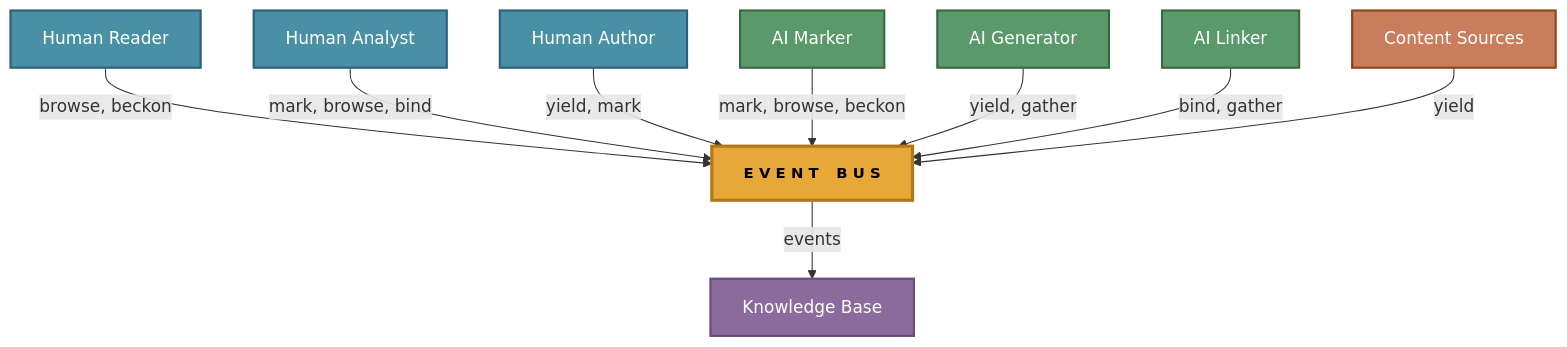
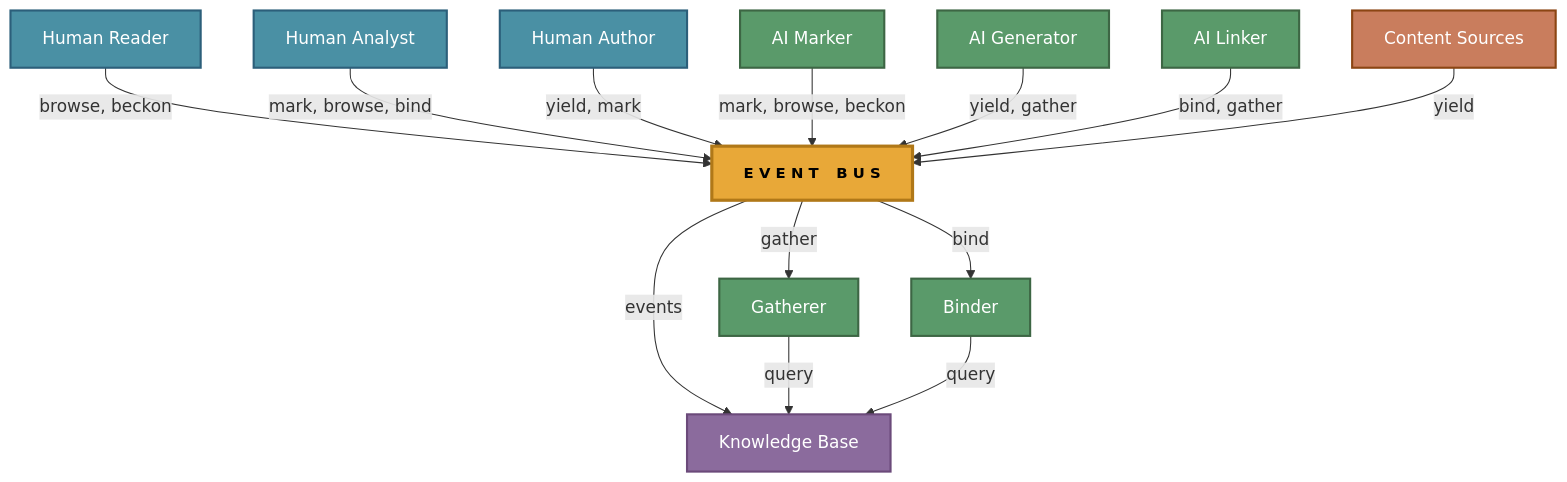
The first of 3 diagrams in docs/ARCHITECTURE-NEXT.md (The-AI-Alliance/semiont), drawn with Mermaid before and after one commit. The commit also changed other lines of this file, not shown here.

Commit message:
gatherer and binder to KB diagram

````diff
--- a/docs/ARCHITECTURE-NEXT.md
+++ b/docs/ARCHITECTURE-NEXT.md
@@ -17,26 +17,32 @@
 ```mermaid
 graph TD
     READER["Human Reader"] -->|"browse, beckon"| BUS
     ANALYST["Human Analyst"] -->|"mark, browse, bind"| BUS
     AUTHOR["Human Author"] -->|"yield, mark"| BUS
     MARKER["AI Marker"] -->|"mark, browse, beckon"| BUS
     GENERATOR["AI Generator"] -->|"yield, gather"| BUS
     LINKER["AI Linker"] -->|"bind, gather"| BUS
     SOURCES["Content Sources"] -->|"yield"| BUS
 
     BUS["E V E N T &ensp; B U S"]
 
     BUS -->|"events"| KB["Knowledge Base"]
+    BUS -->|"gather"| GATHERER["Gatherer"]
+    BUS -->|"bind"| BINDER["Binder"]
+    GATHERER -->|"query"| KB
+    BINDER -->|"query"| KB
 
     classDef bus fill:#e8a838,stroke:#b07818,stroke-width:3px,color:#000,font-weight:bold,font-size:14px
     classDef human fill:#4a90a4,stroke:#2c5f7a,stroke-width:2px,color:#fff
     classDef ai fill:#5a9a6a,stroke:#3d6644,stroke-width:2px,color:#fff
     classDef kb fill:#8b6b9d,stroke:#6b4a7a,stroke-width:2px,color:#fff
     classDef stream fill:#c97d5d,stroke:#8b4513,stroke-width:2px,color:#fff
+    classDef worker fill:#5a9a6a,stroke:#3d6644,stroke-width:2px,color:#fff
 
     class READER,ANALYST,AUTHOR human
     class MARKER,GENERATOR,LINKER ai
     class BUS bus
     class KB kb
     class SOURCES stream
+    class GATHERER,BINDER worker
 ```
````
